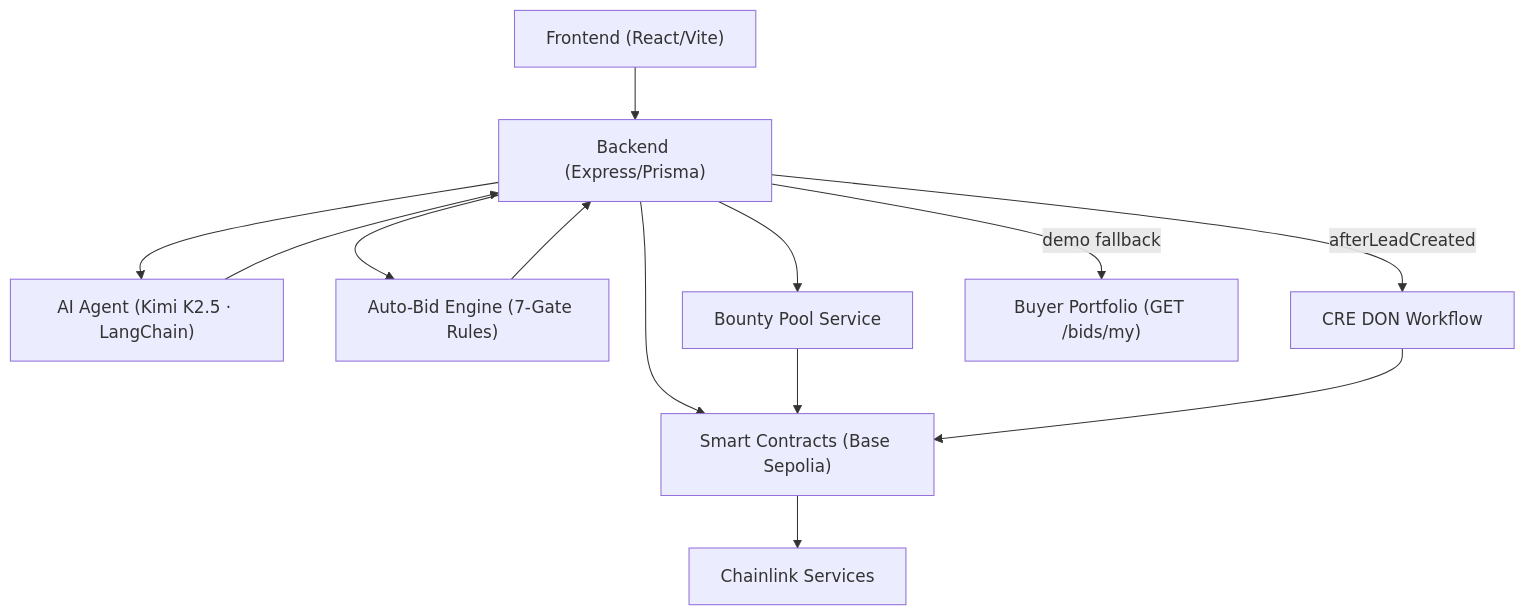
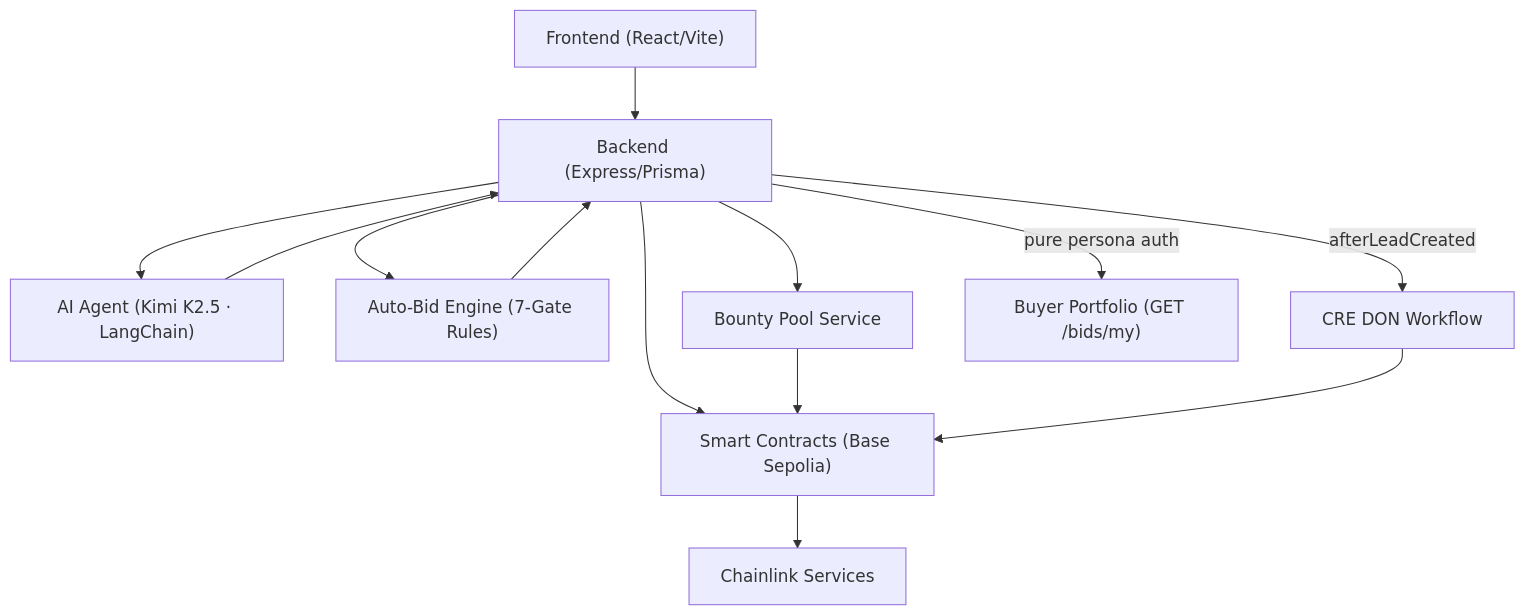
The second of 2 diagrams in README.md (bnmbnmai/lead-engine-cre), drawn with Mermaid before and after one commit. The commit also changed other lines of this file and 6 other files, not shown here.

````diff
--- a/README.md
+++ b/README.md
@@ -172,15 +179,15 @@
 ```mermaid
 graph TD
     Frontend["Frontend (React/Vite)"] --> Backend["Backend (Express/Prisma)"]
     Backend --> MCP["AI Agent (Kimi K2.5 · LangChain)"]
     Backend --> AutoBid["Auto-Bid Engine (7-Gate Rules)"]
     Backend --> Bounty["Bounty Pool Service"]
     Backend --> Contracts["Smart Contracts (Base Sepolia)"]
     Contracts --> Chainlink["Chainlink Services"]
     MCP --> Backend
     AutoBid --> Backend
     Bounty --> Contracts
     Backend -->|afterLeadCreated| CRE["CRE DON Workflow"]
     CRE --> Contracts
-    Backend -->|demo fallback| Portfolio["Buyer Portfolio (GET /bids/my)"]
+    Backend -->|pure persona auth| Portfolio["Buyer Portfolio (GET /bids/my)"]
 ```
````
